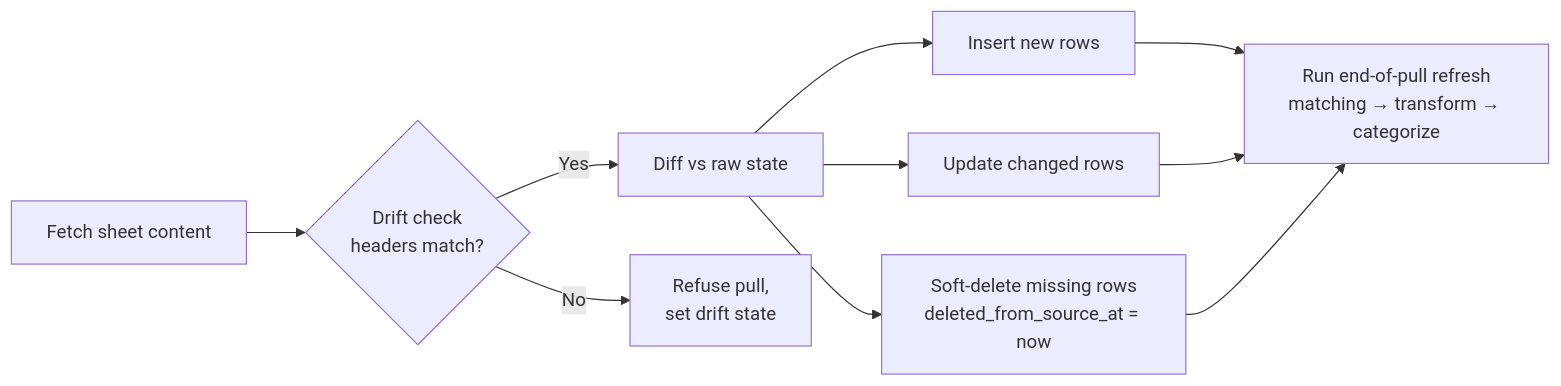
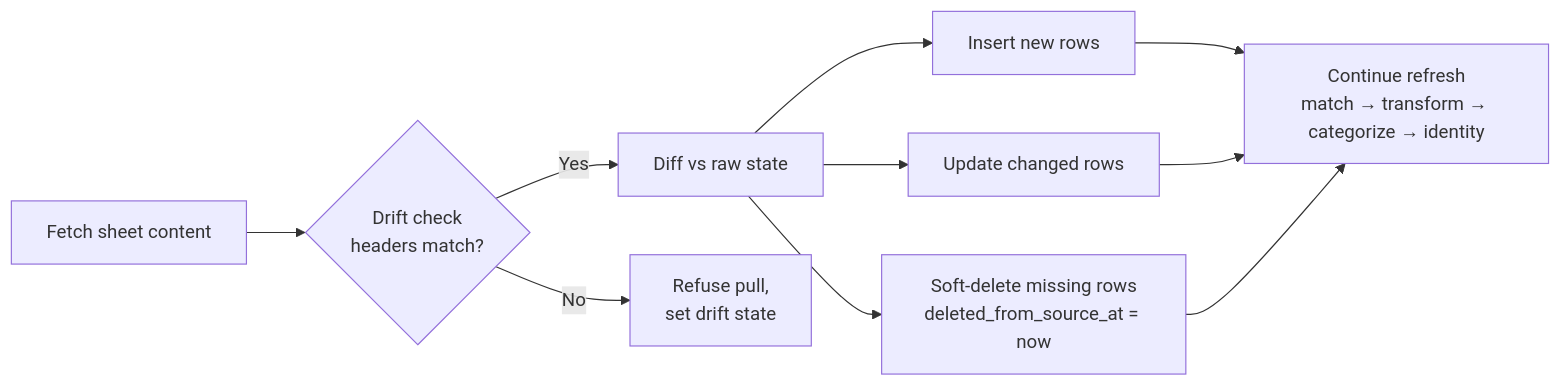
One commit to bsaffel/moneybin changed the diagram in docs/guides/connect-gsheet.md. Above: the diagram before and after it, drawn with Mermaid. The commit also changed other lines of this file and 88 other files, not shown here.

````diff
--- a/docs/guides/connect-gsheet.md
+++ b/docs/guides/connect-gsheet.md
@@ -115,12 +115,12 @@
 ```mermaid
 flowchart LR
     A[Fetch sheet content] --> B{Drift check<br/>headers match?}
     B -->|Yes| C[Diff vs raw state]
     B -->|No| Z[Refuse pull,<br/>set drift state]
     C --> D[Insert new rows]
     C --> E[Update changed rows]
     C --> F[Soft-delete missing rows<br/>deleted_from_source_at = now]
-    D --> G[Run end-of-pull refresh<br/>matching → transform → categorize]
+    D --> G[Continue refresh<br/>match → transform → categorize → identity]
     E --> G
     F --> G
 ```
````
